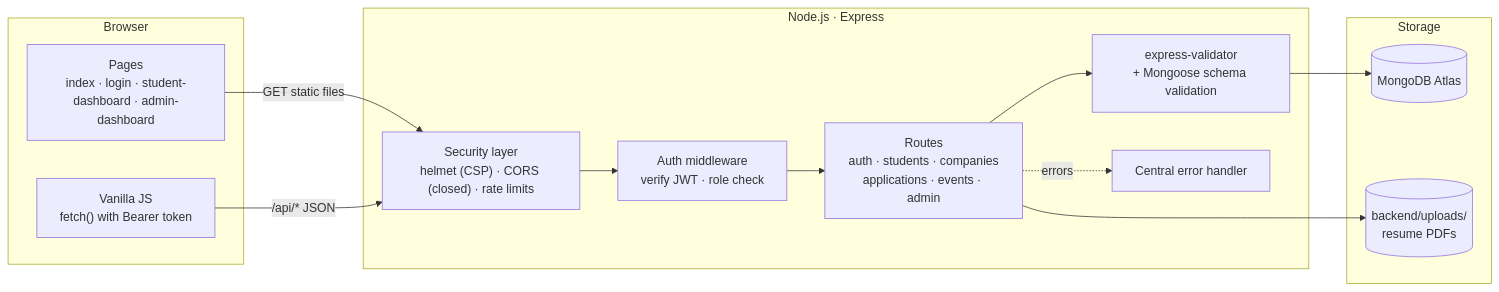
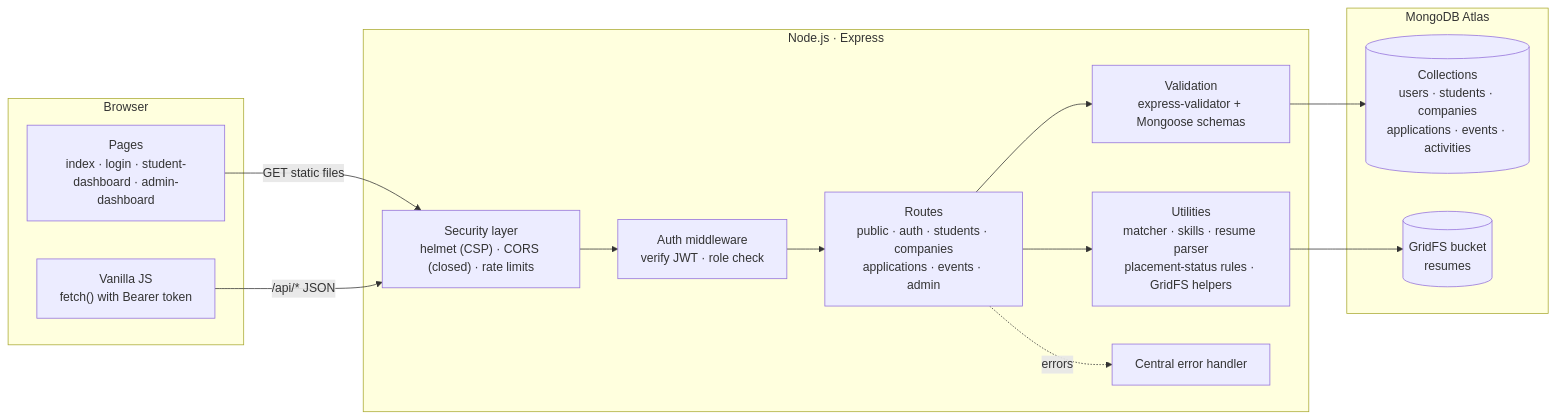
One commit to UmairBasharti/placement-management-system changed the first of 5 diagrams in docs/ARCHITECTURE.md. Above: the diagram before and after it, drawn with Mermaid. The commit also changed other lines of this file and 7 other files, not shown here.

````diff
--- a/docs/ARCHITECTURE.md
+++ b/docs/ARCHITECTURE.md
@@ -7,23 +7,25 @@
 ```mermaid
 flowchart LR
     subgraph Client["Browser"]
         P["Pages<br/>index · login · student-dashboard · admin-dashboard"]
         J["Vanilla JS<br/>fetch() with Bearer token"]
     end
     subgraph Server["Node.js · Express"]
         S["Security layer<br/>helmet (CSP) · CORS (closed) · rate limits"]
         A["Auth middleware<br/>verify JWT · role check"]
-        R["Routes<br/>auth · students · companies<br/>applications · events · admin"]
-        V["express-validator<br/>+ Mongoose schema validation"]
+        R["Routes<br/>public · auth · students · companies<br/>applications · events · admin"]
+        V["Validation<br/>express-validator + Mongoose schemas"]
+        U["Utilities<br/>matcher · skills · resume parser<br/>placement-status rules · GridFS helpers"]
         E["Central error handler"]
     end
-    subgraph Data["Storage"]
-        M[("MongoDB Atlas")]
-        F[("backend/uploads/<br/>resume PDFs")]
+    subgraph Data["MongoDB Atlas"]
+        M[("Collections<br/>users · students · companies<br/>applications · events · activities")]
+        F[("GridFS bucket<br/>resumes")]
     end
     P -- "GET static files" --> S
     J -- "/api/* JSON" --> S
     S --> A --> R --> V --> M
-    R --> F
+    R --> U
+    U --> F
     R -. "errors" .-> E
 ```
````
